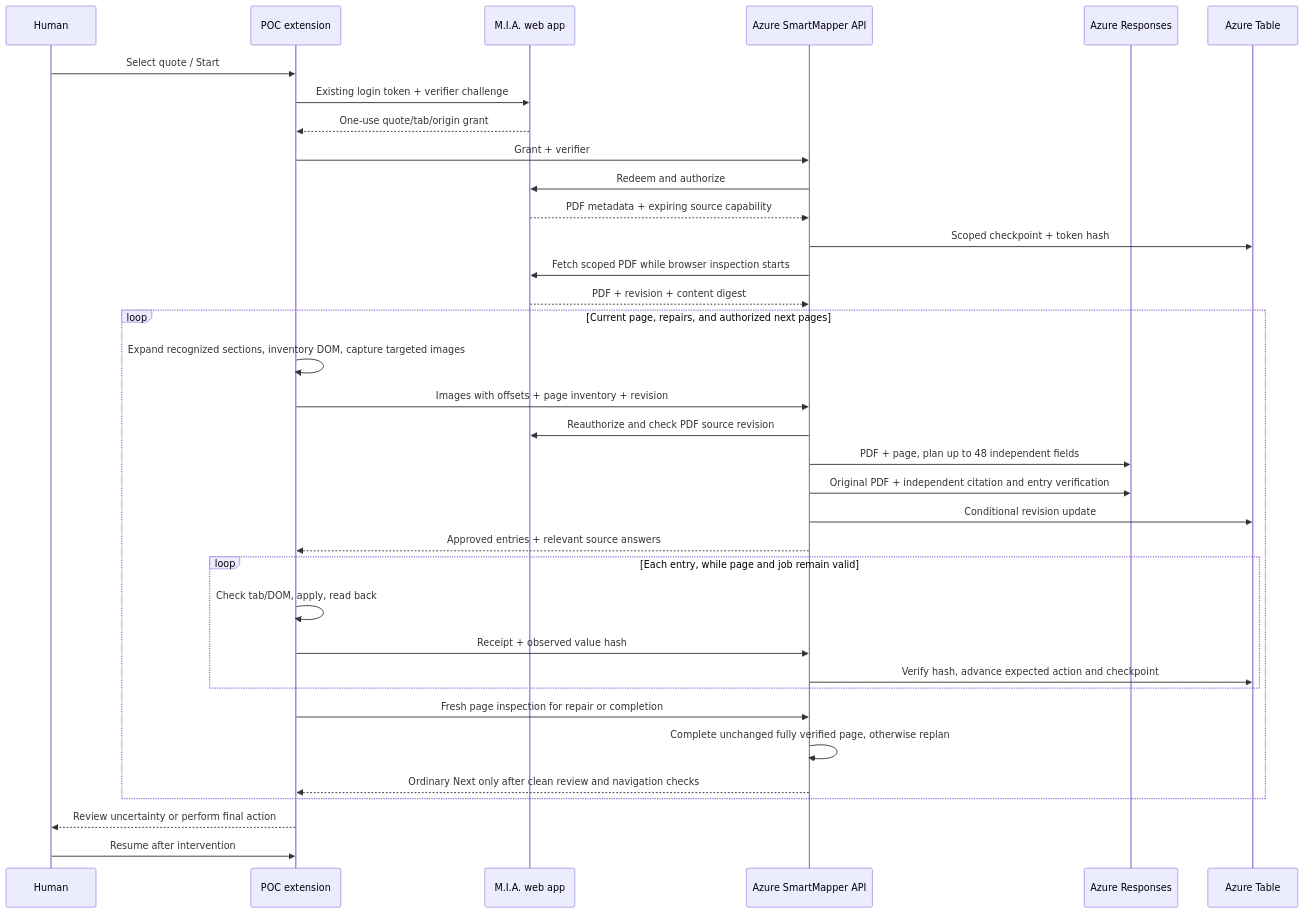
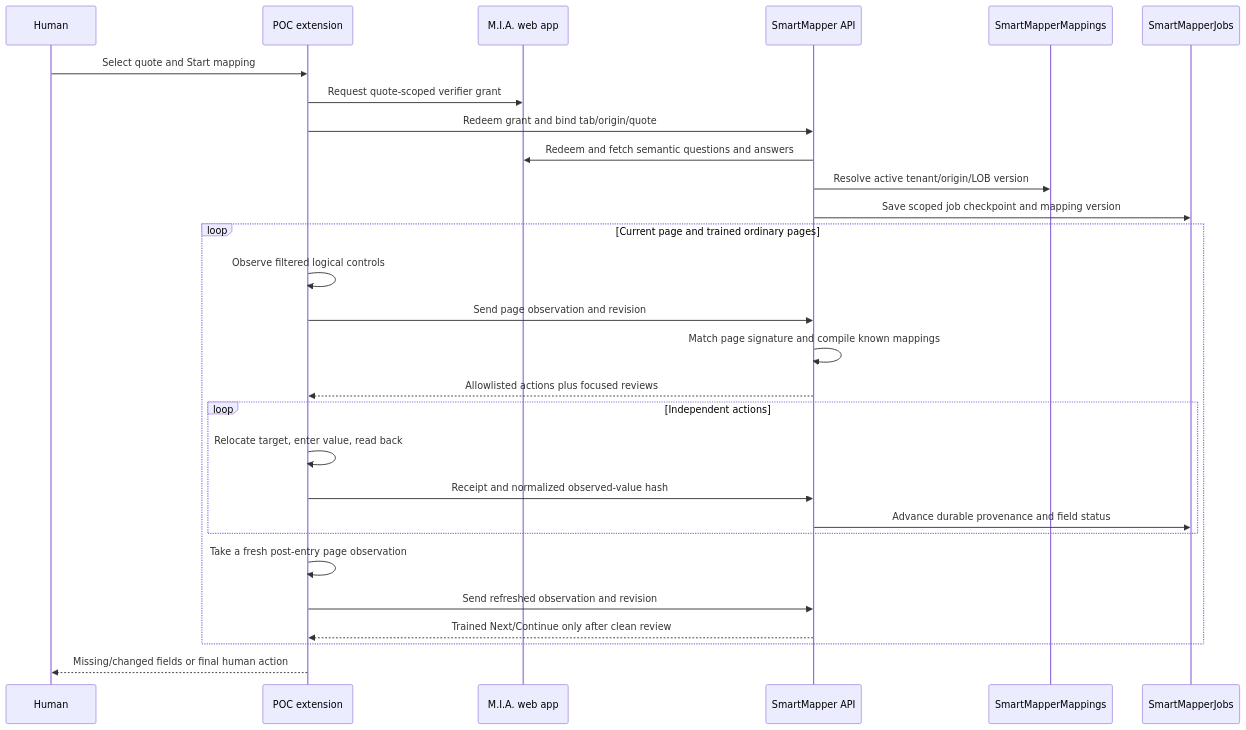
The third of 3 diagrams in docs/ARCHITECTURE.md (dominickg87/Capstone-SmartMapper), drawn with Mermaid before and after one commit. The commit also changed other lines of this file and 96 other files, not shown here.

````diff
--- a/docs/ARCHITECTURE.md
+++ b/docs/ARCHITECTURE.md
@@ -5,37 +83,31 @@
 ```mermaid
 sequenceDiagram
     participant Human
     participant Extension as POC extension
     participant MIA as M.I.A. web app
-    participant API as Azure SmartMapper API
-    participant Model as Azure Responses
-    participant Table as Azure Table
-    Human->>Extension: Select quote / Start
-    Extension->>MIA: Existing login token + verifier challenge
-    MIA-->>Extension: One-use quote/tab/origin grant
-    Extension->>API: Grant + verifier
-    API->>MIA: Redeem and authorize
-    MIA-->>API: PDF metadata + expiring source capability
-    API->>Table: Scoped checkpoint + token hash
-    API->>MIA: Fetch scoped PDF while browser inspection starts
-    MIA-->>API: PDF + revision + content digest
-    loop Current page, repairs, and authorized next pages
-        Extension->>Extension: Expand recognized sections, inventory DOM, capture targeted images
-        Extension->>API: Images with offsets + page inventory + revision
-        API->>MIA: Reauthorize and check PDF source revision
-        API->>Model: PDF + page, plan up to 48 independent fields
-        API->>Model: Original PDF + independent citation and entry verification
-        API->>Table: Conditional revision update
-        API-->>Extension: Approved entries + relevant source answers
-        loop Each entry, while page and job remain valid
-            Extension->>Extension: Check tab/DOM, apply, read back
-            Extension->>API: Receipt + observed value hash
-            API->>Table: Verify hash, advance expected action and checkpoint
+    participant API as SmartMapper API
+    participant Registry as SmartMapperMappings
+    participant Jobs as SmartMapperJobs
+
+    Human->>Extension: Select quote and Start mapping
+    Extension->>MIA: Request quote-scoped verifier grant
+    Extension->>API: Redeem grant and bind tab/origin/quote
+    API->>MIA: Redeem and fetch semantic questions and answers
+    API->>Registry: Resolve active tenant/origin/LOB version
+    API->>Jobs: Save scoped job checkpoint and mapping version
+    loop Current page and trained ordinary pages
+        Extension->>Extension: Observe filtered logical controls
+        Extension->>API: Send page observation and revision
+        API->>API: Match page signature and compile known mappings
+        API-->>Extension: Allowlisted actions plus focused reviews
+        loop Independent actions
+            Extension->>Extension: Relocate target, enter value, read back
+            Extension->>API: Receipt and normalized observed-value hash
+            API->>Jobs: Advance durable provenance and field status
         end
-        Extension->>API: Fresh page inspection for repair or completion
-        API->>API: Complete unchanged fully verified page, otherwise replan
-        API-->>Extension: Ordinary Next only after clean review and navigation checks
+        Extension->>Extension: Take a fresh post-entry page observation
+        Extension->>API: Send refreshed observation and revision
+        API-->>Extension: Trained Next/Continue only after clean review
     end
-    Extension-->>Human: Review uncertainty or perform final action
-    Human->>Extension: Resume after intervention
+    Extension-->>Human: Missing/changed fields or final human action
 ```
````
